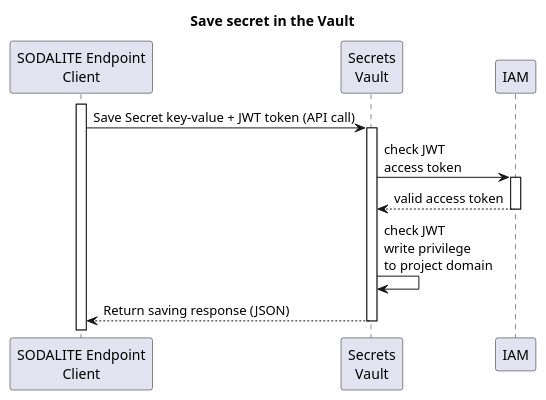
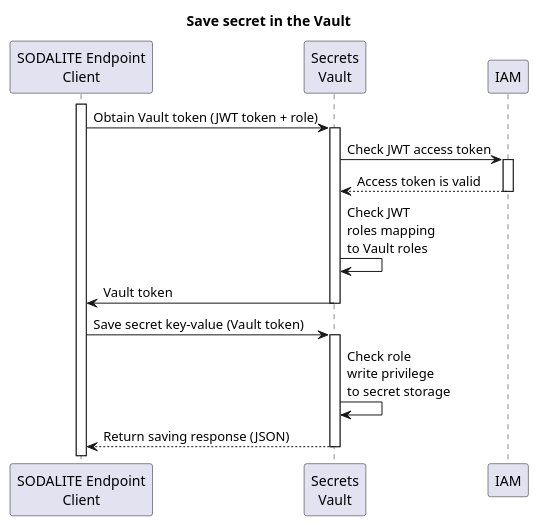
Before and after one commit to SODALITE-EU/project-wide-documentation: the diagram in uml/sequence-diagrams/security/SaveSecret.puml, drawn with PlantUML. The commit also changed 8 other files, not shown here.

```diff
--- a/uml/sequence-diagrams/security/SaveSecret.puml
+++ b/uml/sequence-diagrams/security/SaveSecret.puml
@@ -1,21 +1,26 @@
 @startuml
 hide unlinked
 title Save secret in the Vault
 participant "SODALITE Endpoint\nClient" as client
 participant "Secrets\nVault" as secretstore
 participant "IAM" as IAM
 
 
 activate client
-client->secretstore: Save Secret key-value + JWT token (API call)
+client->secretstore: Obtain Vault token (JWT token + role)
 activate secretstore
-secretstore->IAM: check JWT\naccess token
+secretstore->IAM: Check JWT access token
 activate IAM
-IAM-->secretstore: valid access token
+IAM-->secretstore: Access token is valid
 deactivate IAM
-secretstore->secretstore: check JWT\nwrite privilege\nto project domain
+secretstore->secretstore: Check JWT\nroles mapping\nto Vault roles
+secretstore->client: Vault token
+deactivate secretstore
+client->secretstore: Save secret key-value (Vault token)
+activate secretstore
+secretstore->secretstore: Check role\nwrite privilege\nto secret storage
 secretstore-->client: Return saving response (JSON)
 deactivate secretstore
 
 
 @enduml
```
